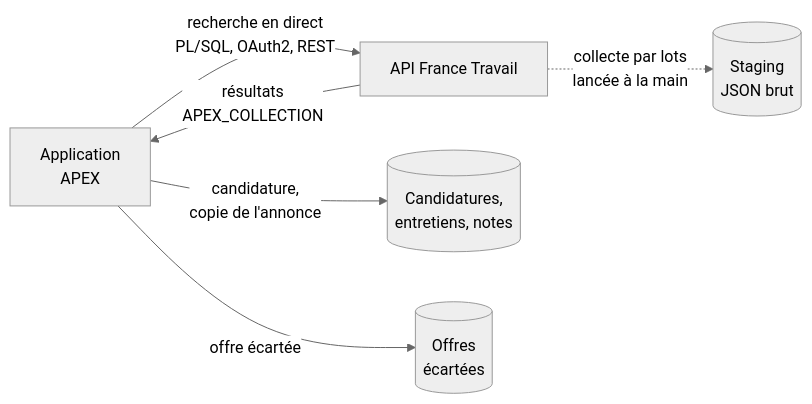
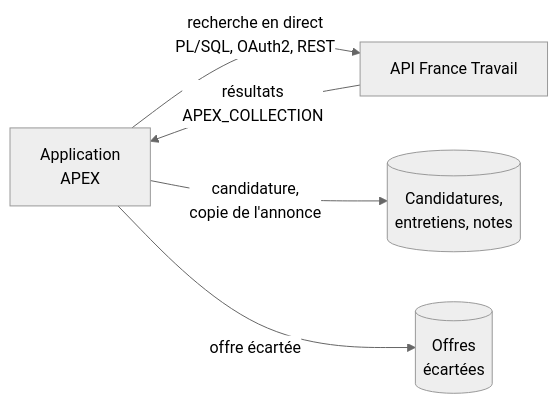
Before and after one commit to NFleurentin/jobtracker: the diagram in README.md, drawn with Mermaid (neutral theme). The commit also changed other lines of this file and 26 other files, not shown here.

````diff
--- a/README.md
+++ b/README.md
@@ -32,8 +32,7 @@
 ```mermaid
 flowchart LR
     APP[Application<br/>APEX] -->|recherche en direct<br/>PL/SQL, OAuth2, REST| API[API France Travail]
     API -->|résultats<br/>APEX_COLLECTION| APP
-    API -.->|collecte par lots<br/>lancée à la main| STG[(Staging<br/>JSON brut)]
     APP -->|candidature,<br/>copie de l'annonce| TRK[(Candidatures,<br/>entretiens, notes)]
     APP -->|offre écartée| DIS[(Offres<br/>écartées)]
 ```
````
